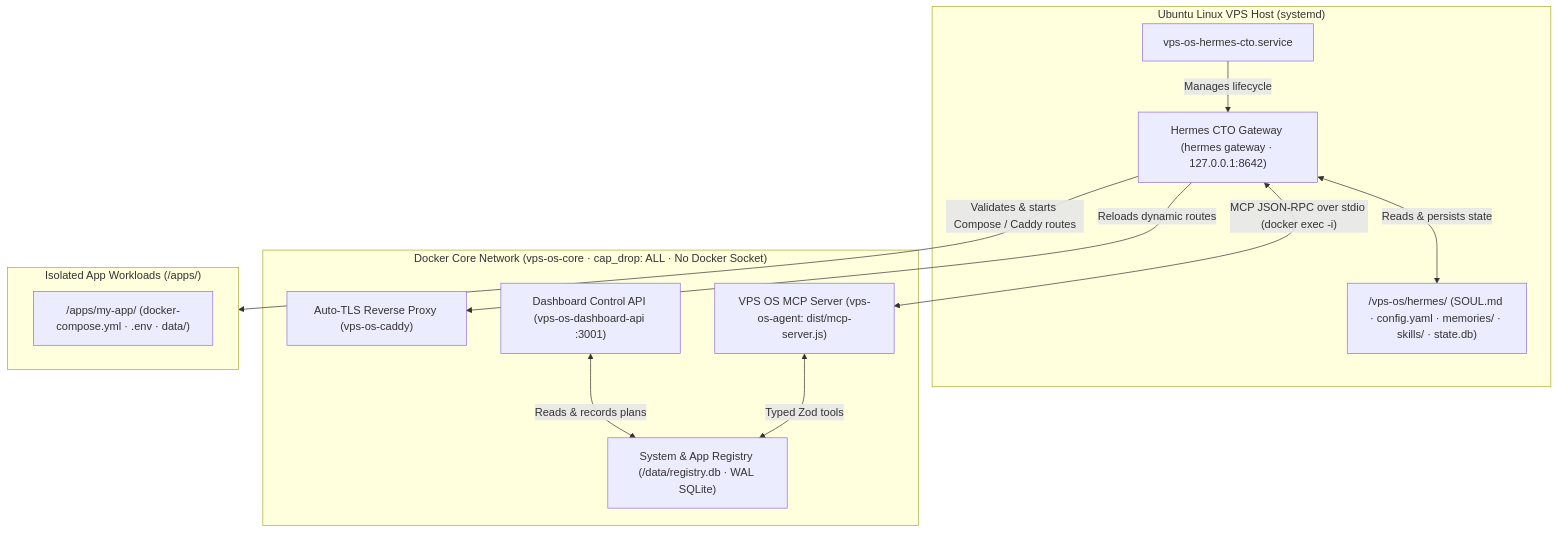
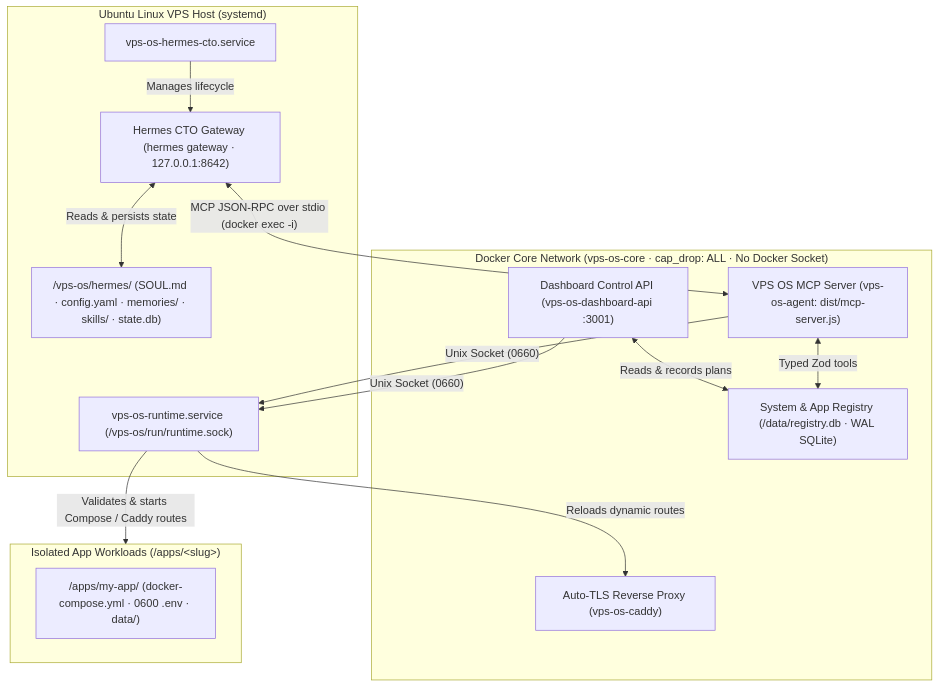
One commit to diegosg-dev/vps-os-framework changed the first of 3 diagrams in docs/hermes-cto-onboarding.md. Above: the diagram before and after it, drawn with Mermaid. The commit also changed other lines of this file and 8 other files, not shown here.

Commit message:
docs: build modular documentation system with Mermaid diagrams

````diff
--- a/docs/hermes-cto-onboarding.md
+++ b/docs/hermes-cto-onboarding.md
@@ -19,27 +19,30 @@
 ```mermaid
 flowchart TD
     subgraph host ["Ubuntu Linux VPS Host (systemd)"]
         hermes["Hermes CTO Gateway (hermes gateway · 127.0.0.1:8642)"]
         hermesHome["/vps-os/hermes/ (SOUL.md · config.yaml · memories/ · skills/ · state.db)"]
         systemdUnit["vps-os-hermes-cto.service"]
+        runtimeBridge["vps-os-runtime.service (/vps-os/run/runtime.sock)"]
         systemdUnit -->|"Manages lifecycle"| hermes
         hermes <-->|"Reads & persists state"| hermesHome
     end
 
     subgraph core ["Docker Core Network (vps-os-core · cap_drop: ALL · No Docker Socket)"]
         caddy["Auto-TLS Reverse Proxy (vps-os-caddy)"]
         api["Dashboard Control API (vps-os-dashboard-api :3001)"]
         agentMcp["VPS OS MCP Server (vps-os-agent: dist/mcp-server.js)"]
         registry["System & App Registry (/data/registry.db · WAL SQLite)"]
         api <-->|"Reads & records plans"| registry
         agentMcp <-->|"Typed Zod tools"| registry
     end
 
-    subgraph apps ["Isolated App Workloads (/apps/<slug>)"]
-        appA["/apps/my-app/ (docker-compose.yml · .env · data/)"]
+    subgraph apps ["Isolated App Workloads (/apps/&lt;slug&gt;)"]
+        appA["/apps/my-app/ (docker-compose.yml · 0600 .env · data/)"]
     end
 
     hermes <-->|"MCP JSON-RPC over stdio (docker exec -i)"| agentMcp
-    hermes -->|"Validates & starts Compose / Caddy routes"| apps
-    hermes -->|"Reloads dynamic routes"| caddy
+    agentMcp -->|"Unix Socket (0660)"| runtimeBridge
+    api -->|"Unix Socket (0660)"| runtimeBridge
+    runtimeBridge -->|"Validates & starts Compose / Caddy routes"| apps
+    runtimeBridge -->|"Reloads dynamic routes"| caddy
 ```
````
